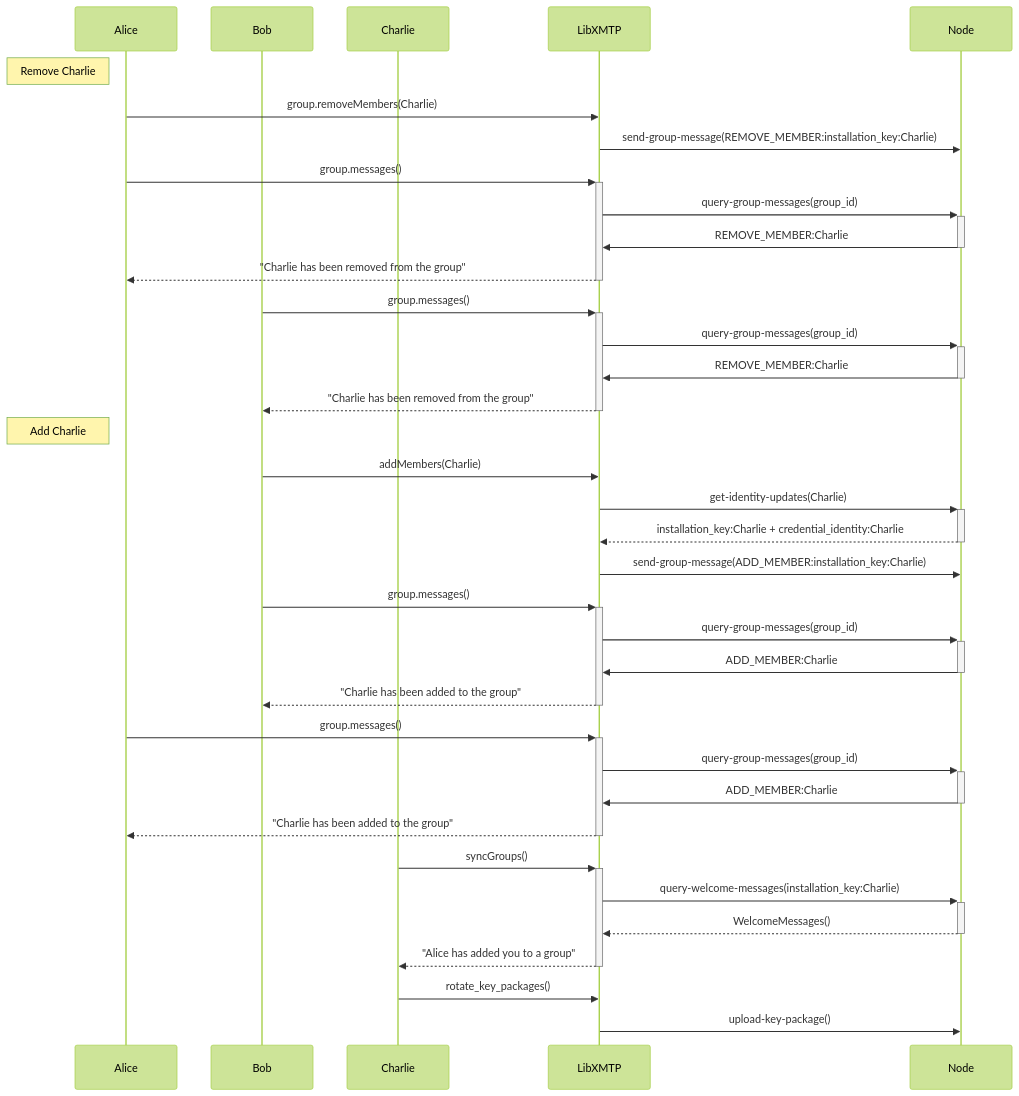
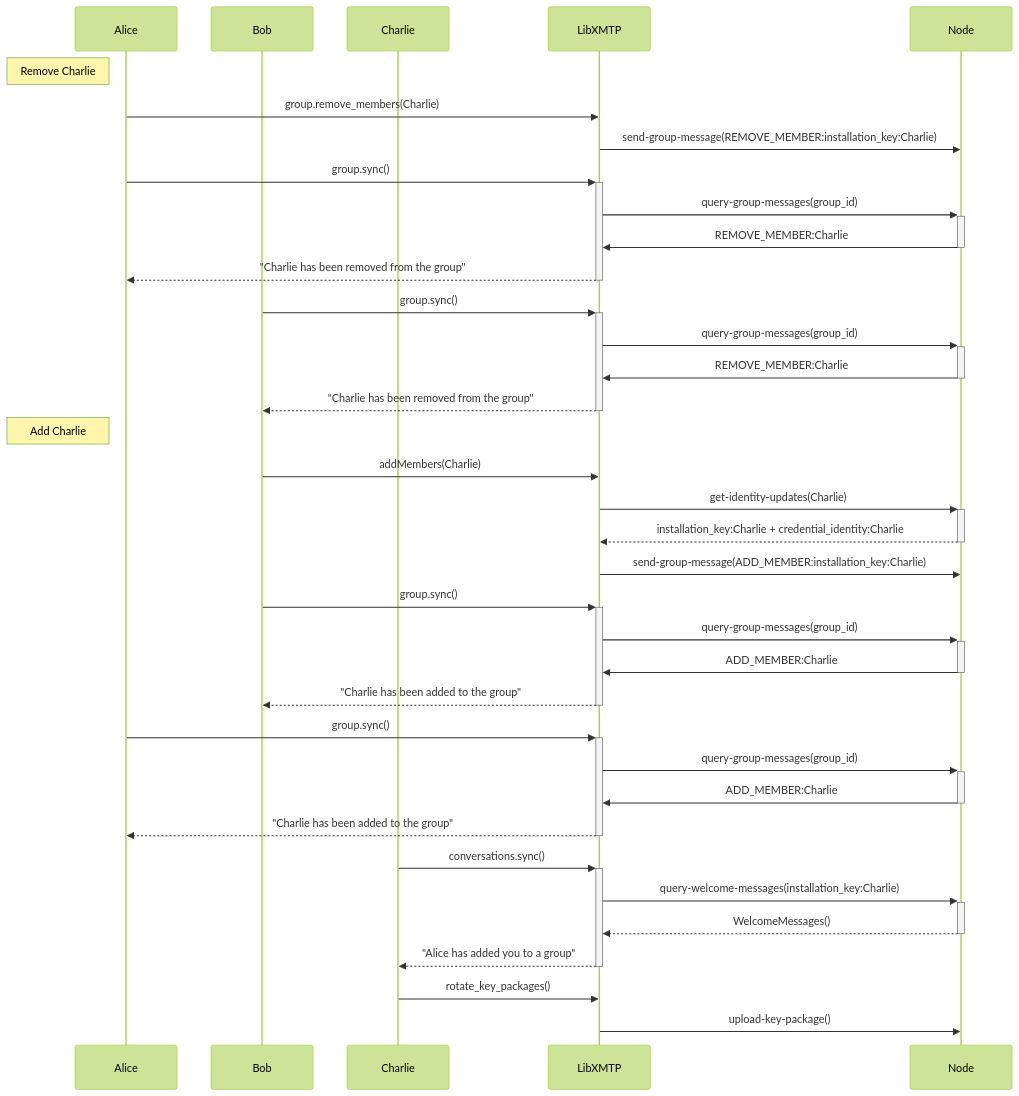
The third of 4 diagrams in diagrams/diagrams.md (xmtp/libxmtp), drawn with Mermaid (forest theme) before and after one commit. The commit also changed other lines of this file and 3 other files, not shown here.

````diff
--- a/diagrams/diagrams.md
+++ b/diagrams/diagrams.md
@@ -80,41 +82,41 @@
 ```mermaid
 sequenceDiagram
     participant Alice
     participant Bob
     participant Charlie
     participant LibXMTP
     participant Node
-    
+
     Note left of Alice: Remove Charlie
 
-    Alice->>LibXMTP: group.removeMembers(Charlie)
+    Alice->>LibXMTP: group.remove_members(Charlie)
     LibXMTP->>Node: send-group-message(REMOVE_MEMBER:installation_key:Charlie)
-    Alice->>+LibXMTP: group.messages()
+    Alice->>+LibXMTP: group.sync()
     LibXMTP->>+Node: query-group-messages(group_id)
     Node->>-LibXMTP: REMOVE_MEMBER:Charlie
     LibXMTP-->>-Alice: "Charlie has been removed from the group"
-    Bob->>+LibXMTP: group.messages()
+    Bob->>+LibXMTP: group.sync()
     LibXMTP->>+Node: query-group-messages(group_id)
     Node->>-LibXMTP: REMOVE_MEMBER:Charlie
     LibXMTP-->>-Bob: "Charlie has been removed from the group"
 
     Note left of Alice: Add Charlie
     Bob->>LibXMTP: addMembers(Charlie)
     LibXMTP->>+Node: get-identity-updates(Charlie)
     Node-->>-LibXMTP: installation_key:Charlie + credential_identity:Charlie  
     LibXMTP->>Node: send-group-message(ADD_MEMBER:installation_key:Charlie)
-    Bob->>+LibXMTP: group.messages()
+    Bob->>+LibXMTP: group.sync()
     LibXMTP->>+Node: query-group-messages(group_id)
     Node->>-LibXMTP: ADD_MEMBER:Charlie
     LibXMTP-->>-Bob: "Charlie has been added to the group"    
-    Alice->>+LibXMTP: group.messages()
+    Alice->>+LibXMTP: group.sync()
     LibXMTP->>+Node: query-group-messages(group_id)
     Node->>-LibXMTP: ADD_MEMBER:Charlie
     LibXMTP-->>-Alice: "Charlie has been added to the group"  
-    Charlie->>+LibXMTP: syncGroups()
+    Charlie->>+LibXMTP: conversations.sync()
     LibXMTP->>+Node: query-welcome-messages(installation_key:Charlie)
     Node-->>-LibXMTP: WelcomeMessages()
     LibXMTP-->>-Charlie: "Alice has added you to a group"   
     Charlie->>LibXMTP: rotate_key_packages()
     LibXMTP->>Node: upload-key-package()   
 ```
````
